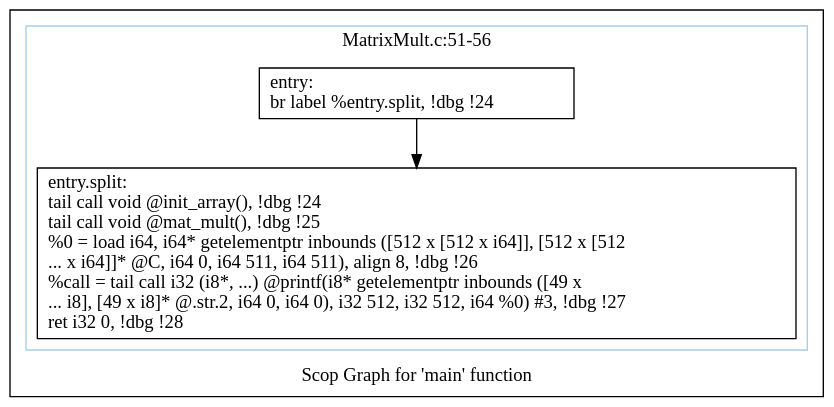
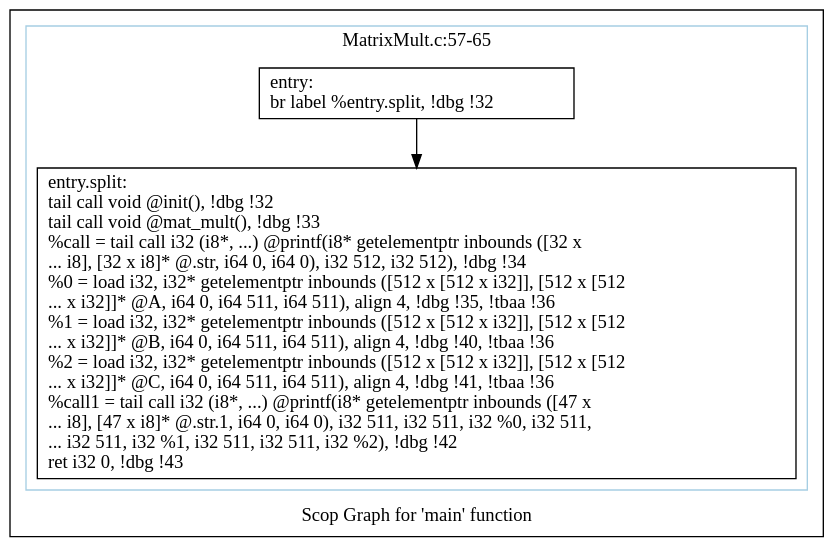
One commit to samminweng/WhileyOpenCL changed the diagram in polly/MatrixMult/impl/handwritten/dot/scops.main.dot. Above: the diagram before and after it, drawn with Graphviz. The commit also changed 93 other files, not shown here.

Commit message:
Updated 'init' function in handwritten MatrixMult test case The new 'init' function can be optimized and parallelized by Polly as it separate random number from matrix assignmentsuch that matrix multiplication can be pipelined from 'init' function to 'mat_mult' function.

```diff
--- a/polly/MatrixMult/impl/handwritten/dot/scops.main.dot
+++ b/polly/MatrixMult/impl/handwritten/dot/scops.main.dot
@@ -1,16 +1,16 @@
 digraph "Scop Graph for 'main' function" {
 	label="Scop Graph for 'main' function";
 
-	Node0x50d4040 [shape=record,label="{entry:\l  br label %entry.split, !dbg !24\l}"];
-	Node0x50d4040 -> Node0x50e3560;
-	Node0x50e3560 [shape=record,label="{entry.split:                                      \l  tail call void @init_array(), !dbg !24\l  tail call void @mat_mult(), !dbg !25\l  %0 = load i64, i64* getelementptr inbounds ([512 x [512 x i64]], [512 x [512\l... x i64]]* @C, i64 0, i64 511, i64 511), align 8, !dbg !26\l  %call = tail call i32 (i8*, ...) @printf(i8* getelementptr inbounds ([49 x\l... i8], [49 x i8]* @.str.2, i64 0, i64 0), i32 512, i32 512, i64 %0) #3, !dbg !27\l  ret i32 0, !dbg !28\l}"];
+	Node0xa6fc9a0 [shape=record,label="{entry:\l  br label %entry.split, !dbg !32\l}"];
+	Node0xa6fc9a0 -> Node0xa71a7e0;
+	Node0xa71a7e0 [shape=record,label="{entry.split:                                      \l  tail call void @init(), !dbg !32\l  tail call void @mat_mult(), !dbg !33\l  %call = tail call i32 (i8*, ...) @printf(i8* getelementptr inbounds ([32 x\l... i8], [32 x i8]* @.str, i64 0, i64 0), i32 512, i32 512), !dbg !34\l  %0 = load i32, i32* getelementptr inbounds ([512 x [512 x i32]], [512 x [512\l... x i32]]* @A, i64 0, i64 511, i64 511), align 4, !dbg !35, !tbaa !36\l  %1 = load i32, i32* getelementptr inbounds ([512 x [512 x i32]], [512 x [512\l... x i32]]* @B, i64 0, i64 511, i64 511), align 4, !dbg !40, !tbaa !36\l  %2 = load i32, i32* getelementptr inbounds ([512 x [512 x i32]], [512 x [512\l... x i32]]* @C, i64 0, i64 511, i64 511), align 4, !dbg !41, !tbaa !36\l  %call1 = tail call i32 (i8*, ...) @printf(i8* getelementptr inbounds ([47 x\l... i8], [47 x i8]* @.str.1, i64 0, i64 0), i32 511, i32 511, i32 %0, i32 511,\l... i32 511, i32 %1, i32 511, i32 511, i32 %2), !dbg !42\l  ret i32 0, !dbg !43\l}"];
 	colorscheme = "paired12"
-        subgraph cluster_0x50e5540 {
-          label = "MatrixMult.c:51-56
+        subgraph cluster_0xa75ef80 {
+          label = "MatrixMult.c:57-65
 ";
           style = solid;
           color = 1
-          Node0x50d4040;
-          Node0x50e3560;
+          Node0xa6fc9a0;
+          Node0xa71a7e0;
         }
 }
```
